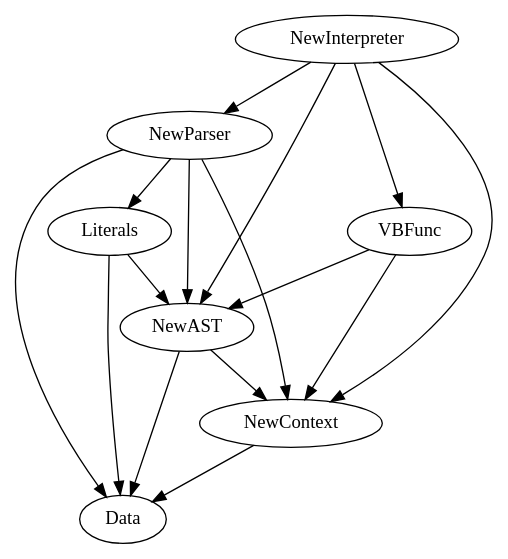
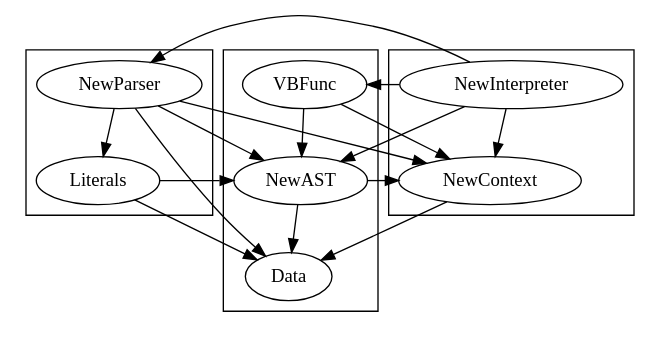
Before and after one commit to nilsceberg/asp-js: the diagram in dependency.dot, drawn with Graphviz.

Commit message:
Update dependency graph

```diff
--- a/dependency.dot
+++ b/dependency.dot
@@ -1,22 +1,38 @@
 digraph deps {
+	subgraph cluster_parser {
+		NewParser;
+		Literals;
+	}
+
+	subgraph cluster_program {
+		NewAST;
+		VBFunc;
+		Data;
+	}
+
+	subgraph cluster_runtime {
+		NewContext;
+		NewInterpreter;
+	}
+
 	NewParser -> NewAST;
 	NewParser -> Literals;
 	NewParser -> Data;
 	NewParser -> NewContext;
 
 	Literals -> NewAST;
 	Literals -> Data;
 
 	NewAST -> NewContext;
 	NewAST -> Data;
 
 	VBFunc -> NewContext;
 	VBFunc -> NewAST;
 
 	NewContext -> Data;
 
 	NewInterpreter -> NewParser;
 	NewInterpreter -> NewContext;
 	NewInterpreter -> NewAST;
 	NewInterpreter -> VBFunc;
 }
```
